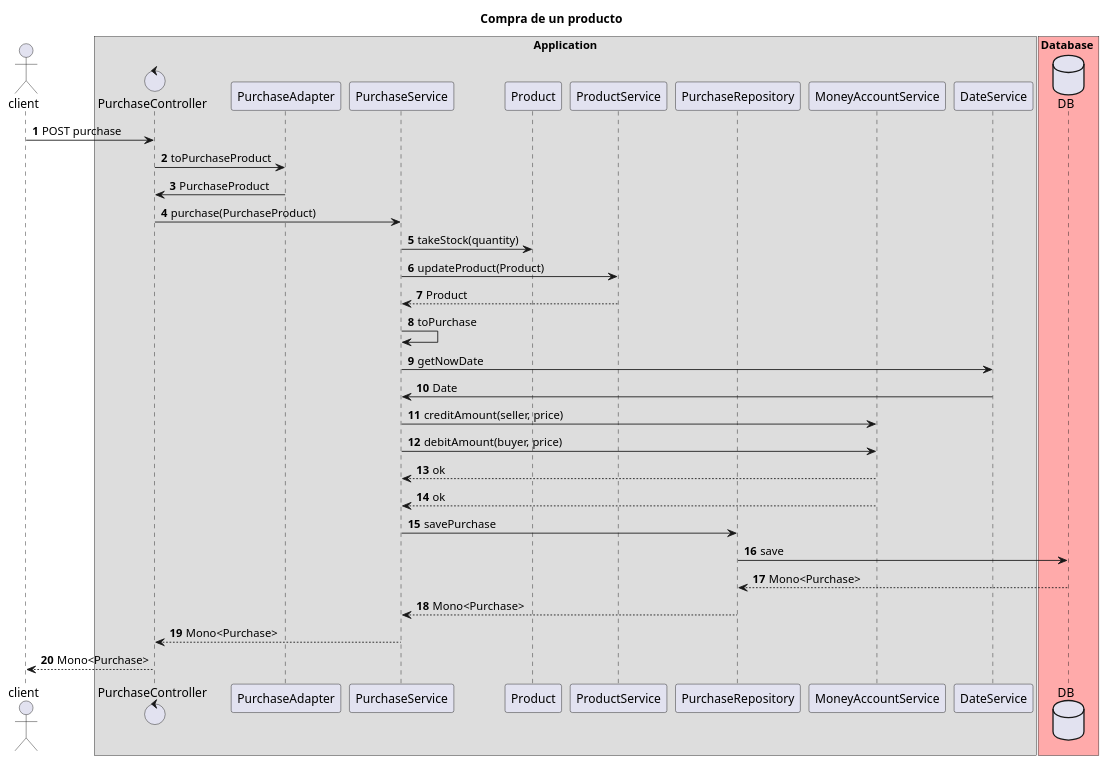
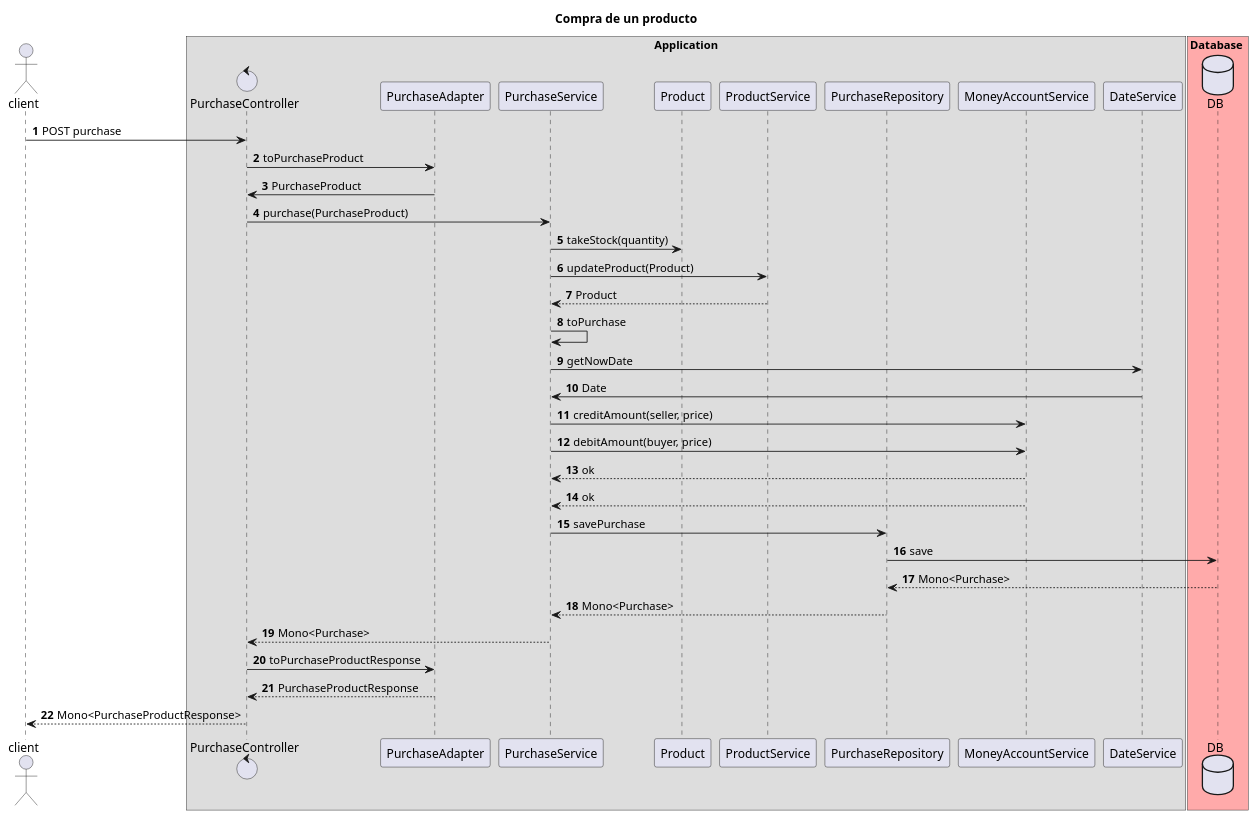
Before and after one commit to lucasmatw/arq2-marketplace-backend: the diagram in docs/diagrams/sequence/purchase_product.puml, drawn with PlantUML. The commit also changed 16 other files, not shown here.

Commit message:
Fix diagramas y price db type

```diff
--- a/docs/diagrams/sequence/purchase_product.puml
+++ b/docs/diagrams/sequence/purchase_product.puml
@@ -1,55 +1,57 @@
 @startuml
 'https://plantuml.com/sequence-diagram
 
 title Compra de un producto
 
 autonumber
 
 actor client
 
 box Application
 control PurchaseController
 participant PurchaseAdapter
 participant PurchaseService
 participant Product
 participant ProductService
 participant PurchaseRepository
 participant MoneyAccountService
 participant DateService
 
 end box
 
 box Database #FFAAAA
 database DB
 end box
 
 
 
 client -> PurchaseController: POST purchase
 
 PurchaseController -> PurchaseAdapter: toPurchaseProduct
 PurchaseAdapter -> PurchaseController: PurchaseProduct
 PurchaseController -> PurchaseService: purchase(PurchaseProduct)
 
 PurchaseService -> Product : takeStock(quantity)
 PurchaseService -> ProductService: updateProduct(Product)
 
 ProductService --> PurchaseService : Product
 PurchaseService -> PurchaseService : toPurchase
 PurchaseService -> DateService : getNowDate
 DateService -> PurchaseService : Date
 
 PurchaseService -> MoneyAccountService : creditAmount(seller, price)
 PurchaseService -> MoneyAccountService : debitAmount(buyer, price)
 MoneyAccountService --> PurchaseService : ok
 MoneyAccountService --> PurchaseService : ok
 
 PurchaseService -> PurchaseRepository :savePurchase
 PurchaseRepository -> DB : save
 DB --> PurchaseRepository : Mono<Purchase>
 PurchaseRepository --> PurchaseService : Mono<Purchase>
 
 PurchaseService --> PurchaseController : Mono<Purchase>
-PurchaseController --> client : Mono<Purchase>
+PurchaseController -> PurchaseAdapter : toPurchaseProductResponse
+PurchaseAdapter --> PurchaseController : PurchaseProductResponse
+PurchaseController --> client : Mono<PurchaseProductResponse>
 
 @enduml
```
